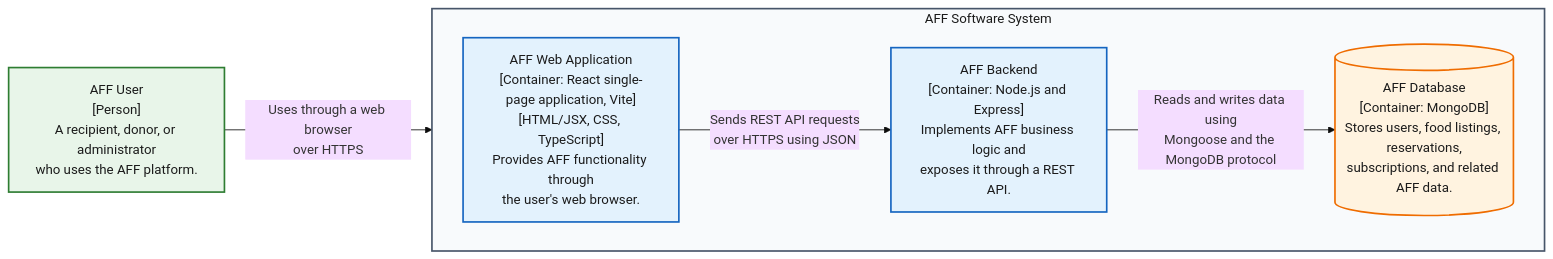
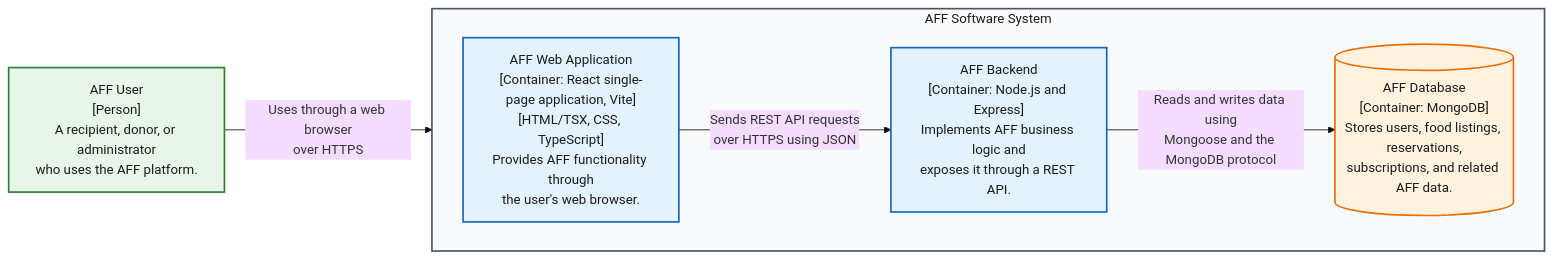
One commit to 2026B-FullStackDevelopment/aff changed the diagram in docs/container-diagram.md. Above: the diagram before and after it, drawn with Mermaid (base theme). The commit also changed 43 other files, not shown here.

Commit message:
Continue to update full project architecture, change from Javascript to Typescript

````diff
--- a/docs/container-diagram.md
+++ b/docs/container-diagram.md
@@ -5,25 +5,25 @@
 ```mermaid
 %%{init: {"flowchart": {"curve": "linear"}}}%%
 flowchart LR
   user["AFF User<br/>[Person]<br/>A recipient, donor, or administrator<br/>who uses the AFF platform."]
 
   subgraph aff["AFF Software System"]
     direction LR
-    web["AFF Web Application<br/>[Container: React single-page application, Vite]<br/>[HTML/JSX, CSS, TypeScript]<br/>Provides AFF functionality through<br/>the user's web browser."]
+    web["AFF Web Application<br/>[Container: React single-page application, Vite]<br/>[HTML/TSX, CSS, TypeScript]<br/>Provides AFF functionality through<br/>the user's web browser."]
     backend["AFF Backend<br/>[Container: Node.js and Express]<br/>Implements AFF business logic and<br/>exposes it through a REST API."]
     database[("AFF Database<br/>[Container: MongoDB]<br/>Stores users, food listings, reservations,<br/>subscriptions, and related AFF data.")]
 
     web -->|"Sends REST API requests<br/>over HTTPS using JSON"| backend
     backend -->|"Reads and writes data using<br/>Mongoose and the MongoDB protocol"| database
   end
 
   user -->|"Uses through a web browser<br/>over HTTPS"| web
 
   classDef person fill:#E8F5E9,stroke:#2E7D32,color:#1B1B1B,stroke-width:2px;
   classDef application fill:#E3F2FD,stroke:#1565C0,color:#1B1B1B,stroke-width:2px;
   classDef dataStore fill:#FFF3E0,stroke:#EF6C00,color:#1B1B1B,stroke-width:2px;
   class user person;
   class web,backend application;
   class database dataStore;
   style aff fill:#F8FAFC,stroke:#475569,color:#1B1B1B,stroke-width:2px;
 ```
````
